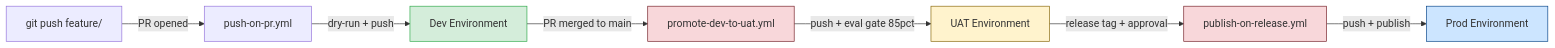
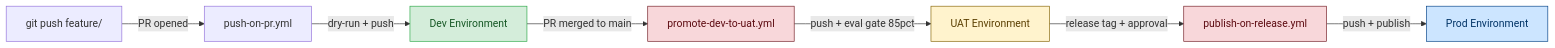
The sixth of 7 diagrams in ENGINEERING-PLAYBOOK.md (ramyabhargavi-p/copilot-studio-templates), drawn with Mermaid before and after one commit. The commit also changed other lines of this file and 39 other files, not shown here.

````diff
--- a/ENGINEERING-PLAYBOOK.md
+++ b/ENGINEERING-PLAYBOOK.md
@@ -966,15 +1437,15 @@
 ```mermaid
 flowchart LR
     A[git push feature/] -->|PR opened| B[push-on-pr.yml]
     B -->|dry-run + push| C[Dev Environment]
     C -->|PR merged to main| D[promote-dev-to-uat.yml]
     D -->|push + eval gate 85pct| E[UAT Environment]
     E -->|release tag + approval| F[publish-on-release.yml]
     F -->|push + publish| G[Prod Environment]
 
-    style C fill:#d4edda,stroke:#28a745
-    style E fill:#fff3cd,stroke:#856404
-    style G fill:#cce5ff,stroke:#004085
-    style D fill:#f8d7da,stroke:#721c24
-    style F fill:#f8d7da,stroke:#721c24
+    style C fill:#d4edda,stroke:#28a745,color:#155724
+    style E fill:#fff3cd,stroke:#856404,color:#5a3e00
+    style G fill:#cce5ff,stroke:#004085,color:#003366
+    style D fill:#f8d7da,stroke:#721c24,color:#5c0a10
+    style F fill:#f8d7da,stroke:#721c24,color:#5c0a10
 ```
````
